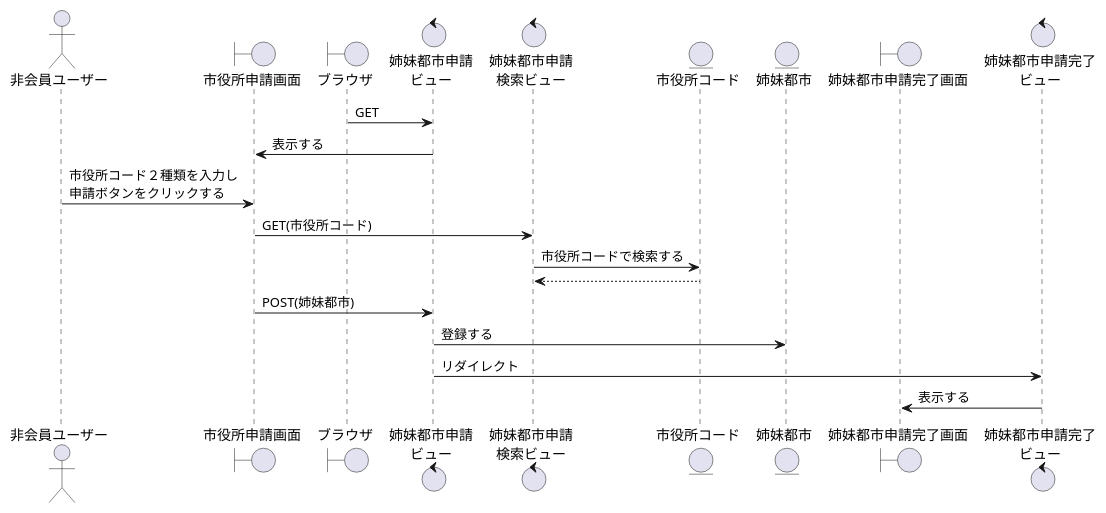
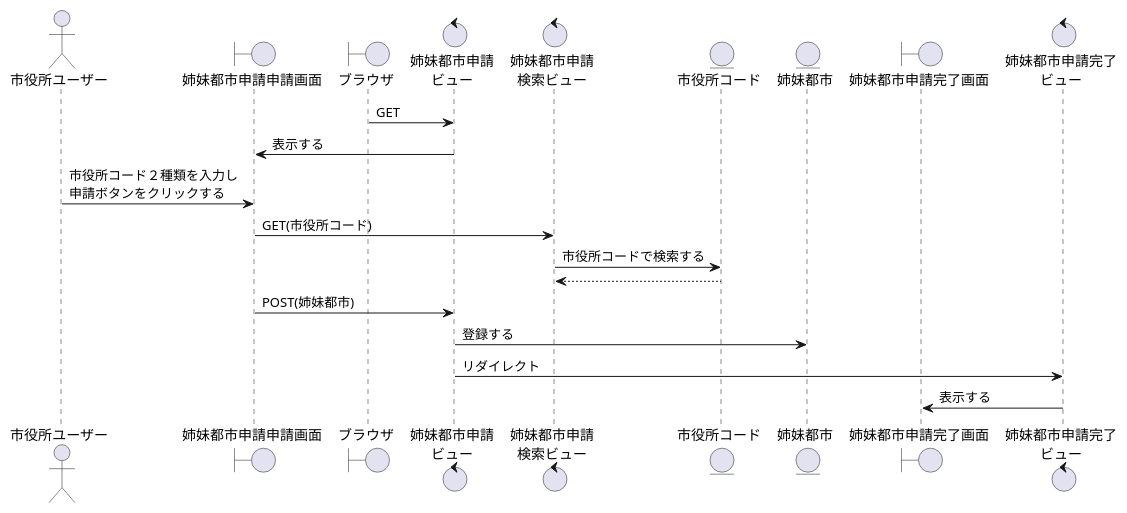
The diagram in 卒業研究/姉妹都市申請.wsd (ysyk-wtnb16/team_D), drawn with PlantUML before and after one commit. The commit also changed 4 other files, not shown here.

```diff
--- a/卒業研究/姉妹都市申請.wsd
+++ b/卒業研究/姉妹都市申請.wsd
@@ -1,22 +1,22 @@
-' @startuml Sister City Application
-' actor "非会員ユーザー" as act
-' boundary "市役所申請画面" as SCAb
-' boundary "ブラウザ" as brz
-' control "姉妹都市申請\nビュー" as SCAv
-' control "姉妹都市申請\n検索ビュー" as SCASv
-' entity "市役所コード" as CHCode
-' entity "姉妹都市" as SCA
-' boundary "姉妹都市申請完了画面" as SCAokb
-' control "姉妹都市申請完了\nビュー" as SCAokv
+@startuml Sister City Application
+actor "市役所ユーザー" as act
+boundary "姉妹都市申請申請画面" as SCAb
+boundary "ブラウザ" as brz
+control "姉妹都市申請\nビュー" as SCAv
+control "姉妹都市申請\n検索ビュー" as SCASv
+entity "市役所コード" as CHCode
+entity "姉妹都市" as SCA
+boundary "姉妹都市申請完了画面" as SCAokb
+control "姉妹都市申請完了\nビュー" as SCAokv
 
-' brz -> SCAv: GET
-' SCAb <- SCAv: 表示する
-' act -> SCAb:市役所コード２種類を入力し\n申請ボタンをクリックする
-' SCAb -> SCASv: GET(市役所コード)
-' SCASv -> CHCode: 市役所コードで検索する
-' SCASv <-- CHCode
-' SCAb -> SCAv: POST(姉妹都市)
-' SCAv -> SCA:登録する
-' SCAv -> SCAokv: リダイレクト
-' SCAokb <- SCAokv: 表示する
-' @enduml
+brz -> SCAv: GET
+SCAb <- SCAv: 表示する
+act -> SCAb:市役所コード２種類を入力し\n申請ボタンをクリックする
+SCAb -> SCASv: GET(市役所コード)
+SCASv -> CHCode: 市役所コードで検索する
+SCASv <-- CHCode
+SCAb -> SCAv: POST(姉妹都市)
+SCAv -> SCA:登録する
+SCAv -> SCAokv: リダイレクト
+SCAokb <- SCAokv: 表示する
+@enduml
```
